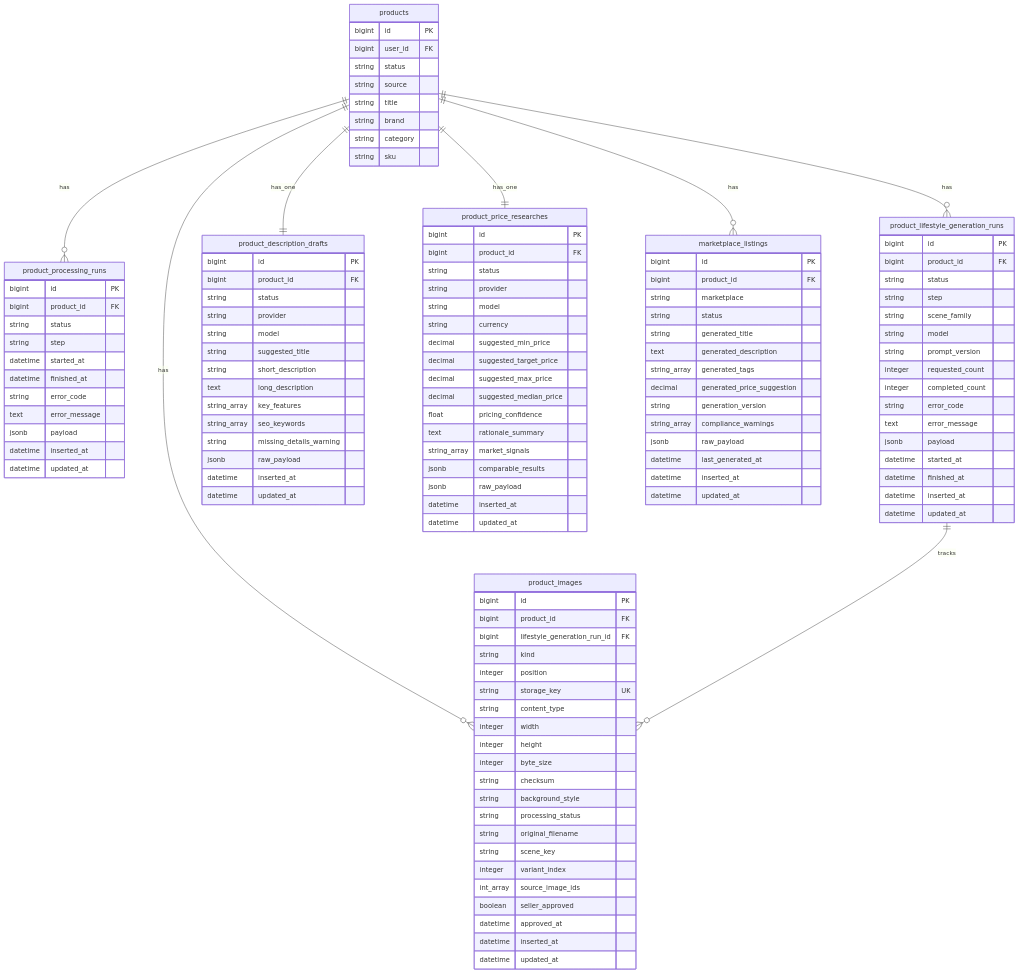
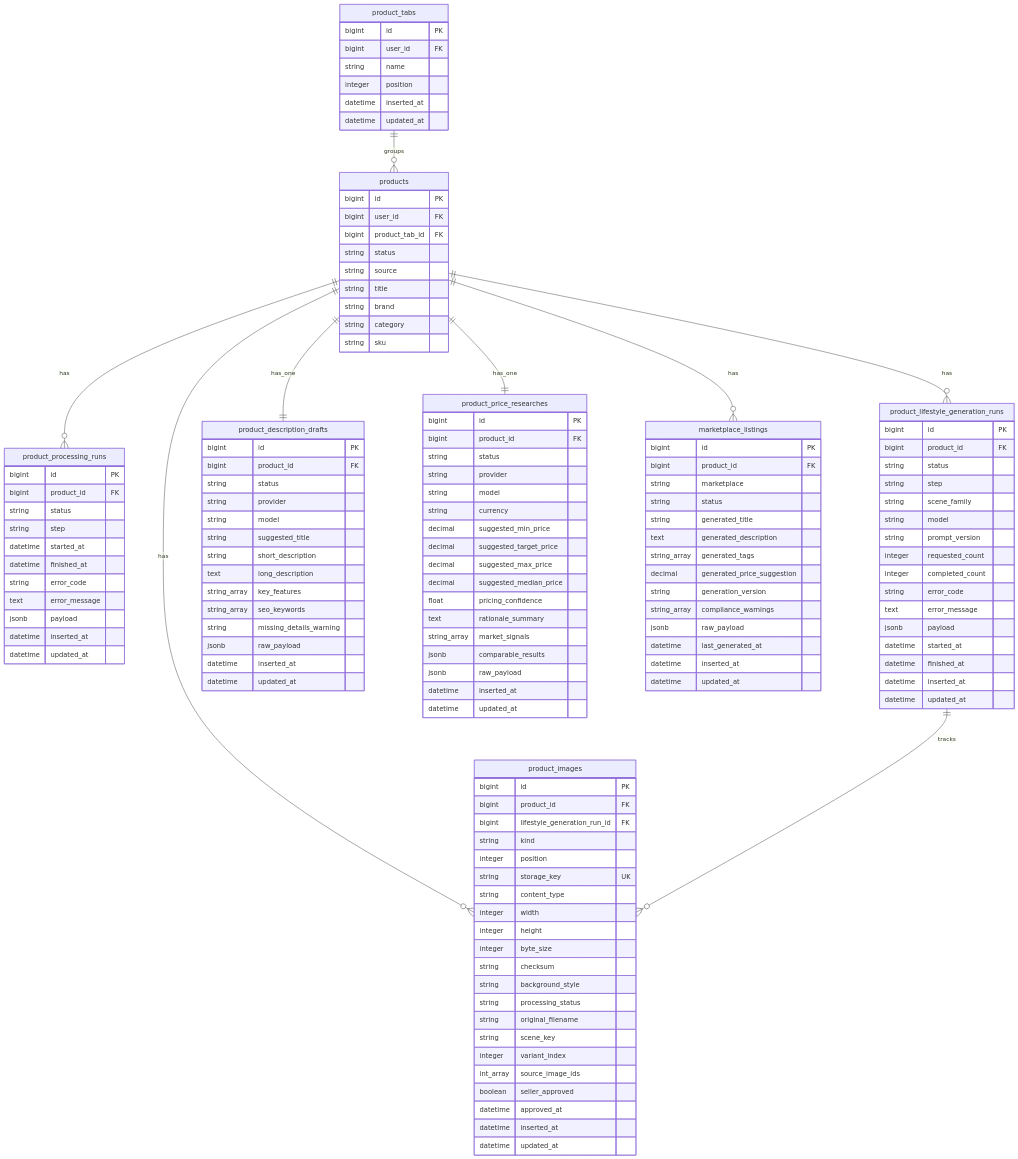
One commit to mpakus/resellerio changed the third of 4 diagrams in docs/ARCHITECTURE.md. Above: the diagram before and after it, drawn with Mermaid. The commit also changed other lines of this file and 24 other files, not shown here.

```diff
--- a/docs/ARCHITECTURE.md
+++ b/docs/ARCHITECTURE.md
@@ -416,12 +419,22 @@
     products {
         bigint id PK
         bigint user_id FK
+        bigint product_tab_id FK
         string status
         string source
         string title
         string brand
         string category
         string sku
+    }
+
+    product_tabs {
+        bigint id PK
+        bigint user_id FK
+        string name
+        integer position
+        datetime inserted_at
+        datetime updated_at
     }
 
     product_images {
@@ -535,6 +548,7 @@
         datetime updated_at
     }
 
+    product_tabs ||--o{ products : groups
     products ||--o{ product_images : has
     products ||--o{ product_processing_runs : has
     products ||--o{ product_lifestyle_generation_runs : has
```
